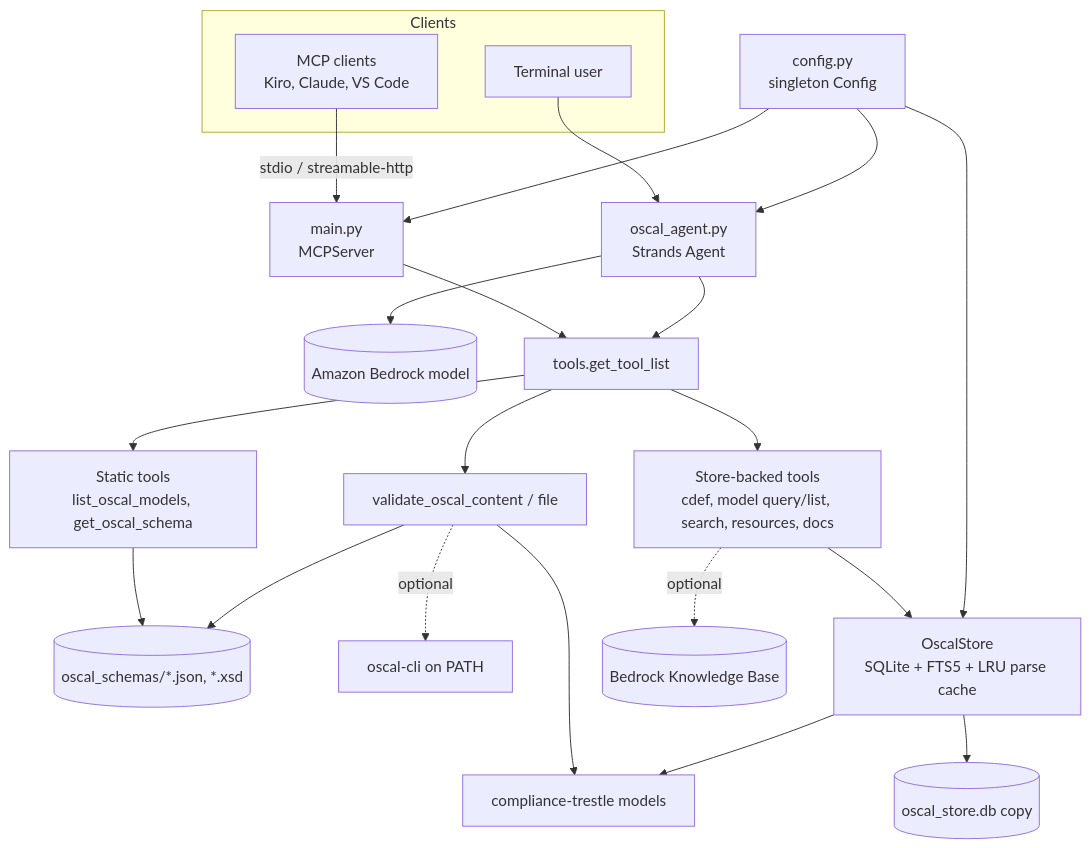
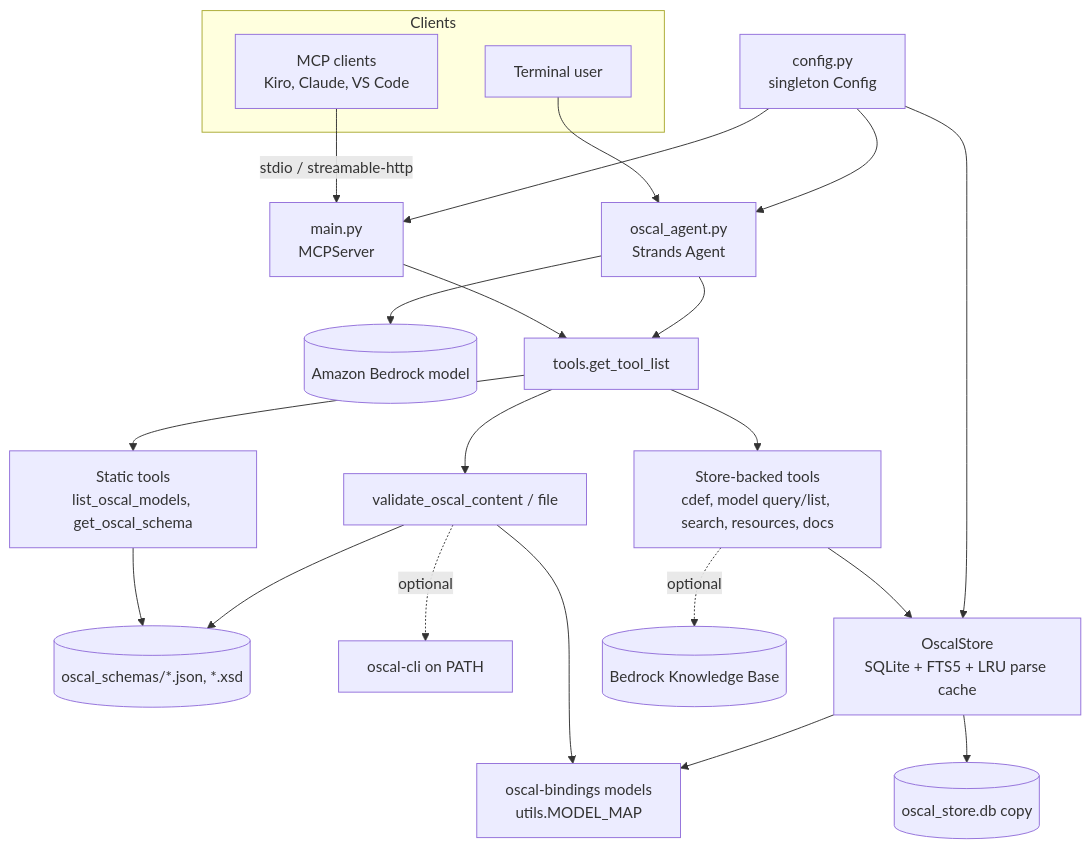
Before and after one commit to dfkunstler/mcp-server-for-oscal: the first of 3 diagrams in .agents/summary/architecture.md, drawn with Mermaid. The commit also changed other lines of this file and 37 other files, not shown here.

First line of the commit message:
Replace compliance-trestle with oscal-bindings (#27)

````diff
--- a/.agents/summary/architecture.md
+++ b/.agents/summary/architecture.md
@@ -14,26 +14,26 @@
 ```mermaid
 graph TB
     subgraph Clients
         IDE[MCP clients<br/>Kiro, Claude, VS Code]
         CLI[Terminal user]
     end
     IDE -- stdio / streamable-http --> Server[main.py<br/>MCPServer]
     CLI --> Agent[oscal_agent.py<br/>Strands Agent]
     Agent --> Bedrock[(Amazon Bedrock model)]
     Server --> Registry[tools.get_tool_list]
     Agent --> Registry
     Registry --> Static[Static tools<br/>list_oscal_models, get_oscal_schema]
     Registry --> Validate[validate_oscal_content / file]
     Registry --> StoreTools[Store-backed tools<br/>cdef, model query/list, search, resources, docs]
     Static --> Schemas[(oscal_schemas/*.json, *.xsd)]
     Validate --> Schemas
-    Validate --> Trestle[compliance-trestle models]
+    Validate --> Bindings[oscal-bindings models<br/>utils.MODEL_MAP]
     Validate -. optional .-> OscalCli[oscal-cli on PATH]
     StoreTools --> Store[OscalStore<br/>SQLite + FTS5 + LRU parse cache]
     Store --> DB[(oscal_store.db copy)]
-    Store --> Trestle
+    Store --> Bindings
     StoreTools -. optional .-> KB[(Bedrock Knowledge Base)]
     Config[config.py<br/>singleton Config] --> Server
     Config --> Agent
     Config --> Store
 ```
````
